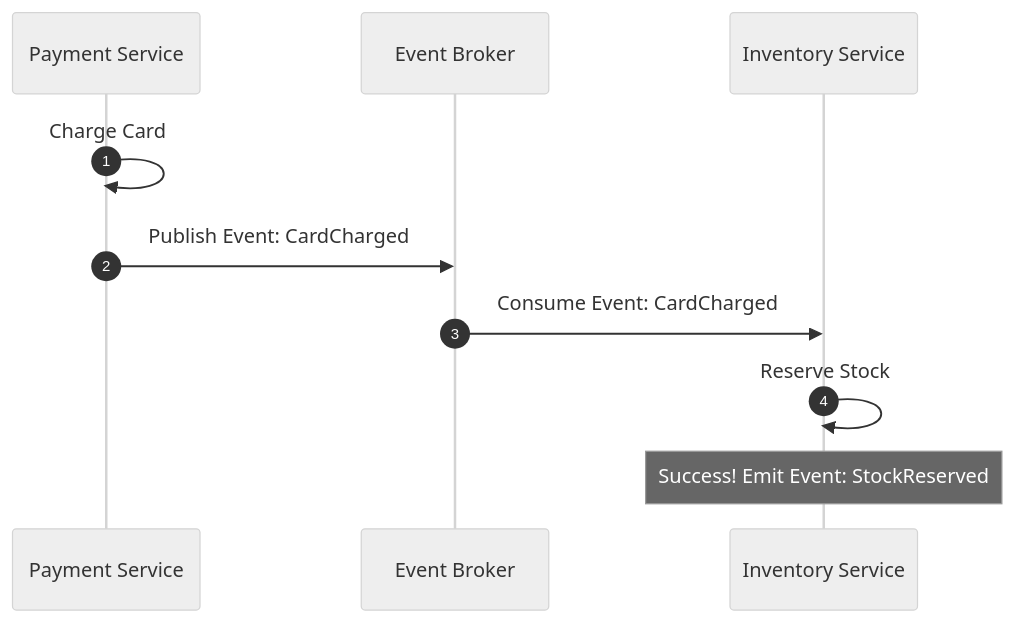
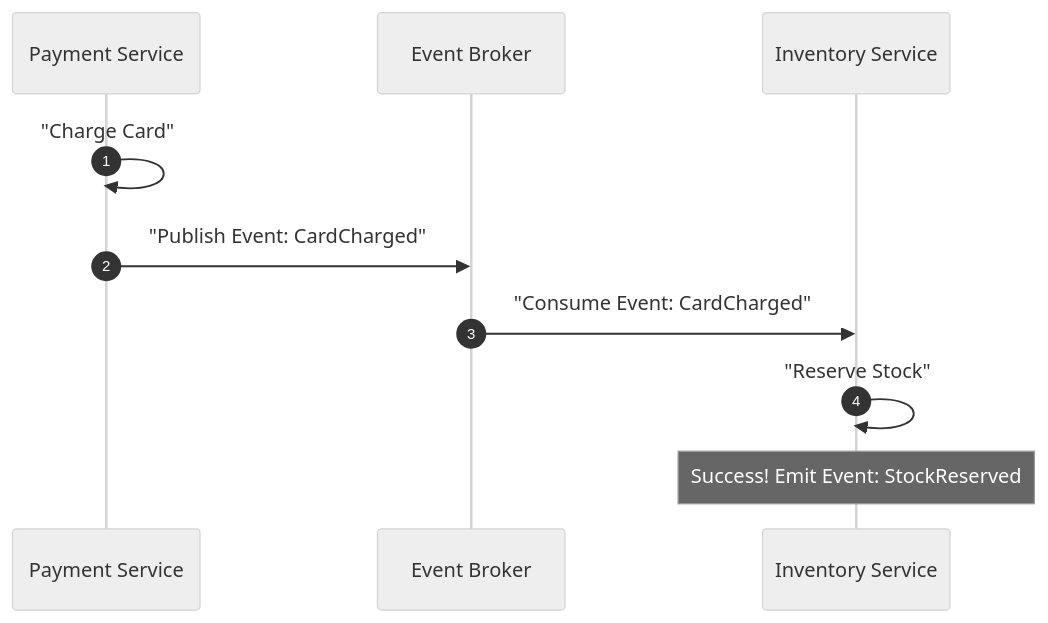
Before and after one commit to weifengcao/deep_system_design: the second of 4 diagrams in Patterns/03_multi_step_processes.md, drawn with Mermaid (neutral theme). The commit also changed other lines of this file and 7 other files, not shown here.

First line of the commit message:
fix: resolve Mermaid diagram parsing errors across all pattern files

````diff
--- a/Patterns/03_multi_step_processes.md
+++ b/Patterns/03_multi_step_processes.md
@@ -69,13 +69,13 @@
 ```mermaid
 sequenceDiagram
     autonumber
     participant Pay as Payment Service
     participant Queue as Event Broker
     participant Inv as Inventory Service
 
-    Pay->>Pay: Charge Card
-    Pay->>Queue: Publish Event: CardCharged
-    Queue->>Inv: Consume Event: CardCharged
-    Inv->>Inv: Reserve Stock
+    Pay->>Pay: "Charge Card"
+    Pay->>Queue: "Publish Event: CardCharged"
+    Queue->>Inv: "Consume Event: CardCharged"
+    Inv->>Inv: "Reserve Stock"
     Note over Inv: Success! Emit Event: StockReserved
 ```
````
